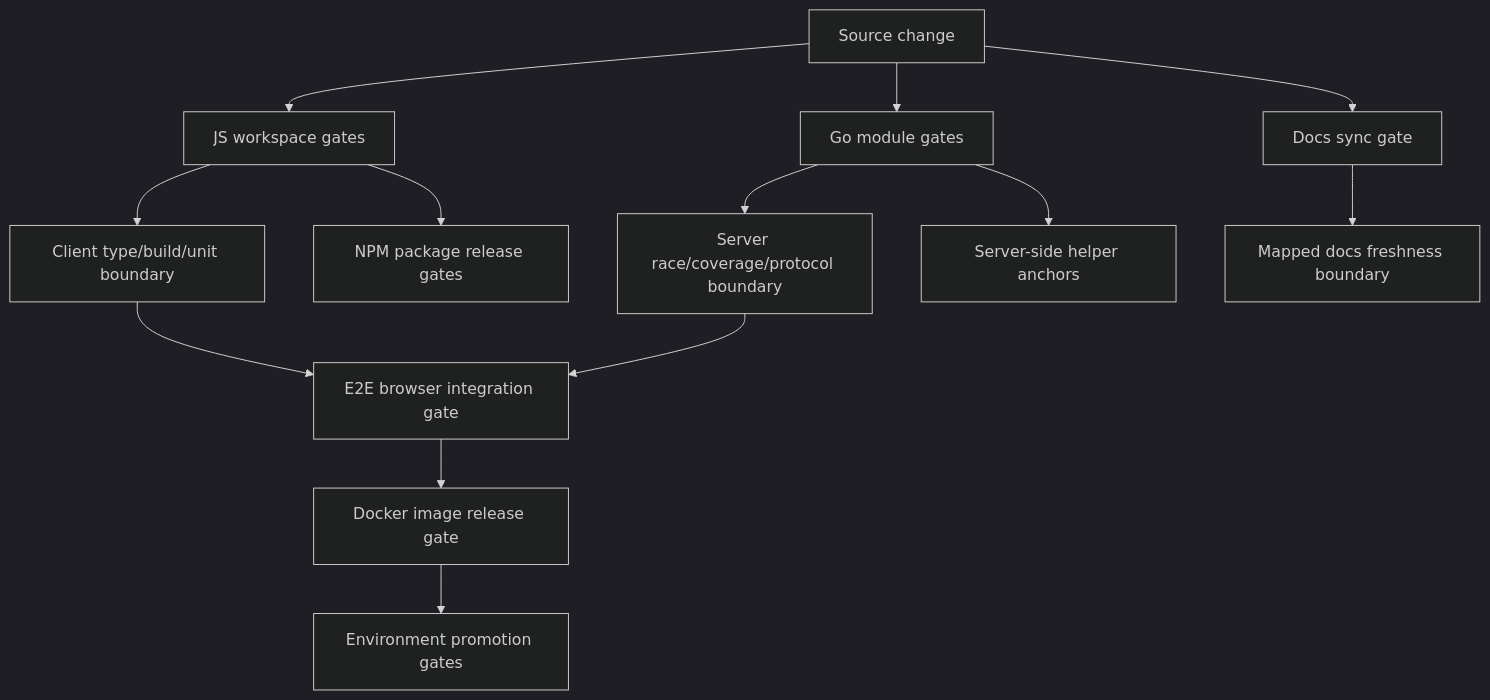
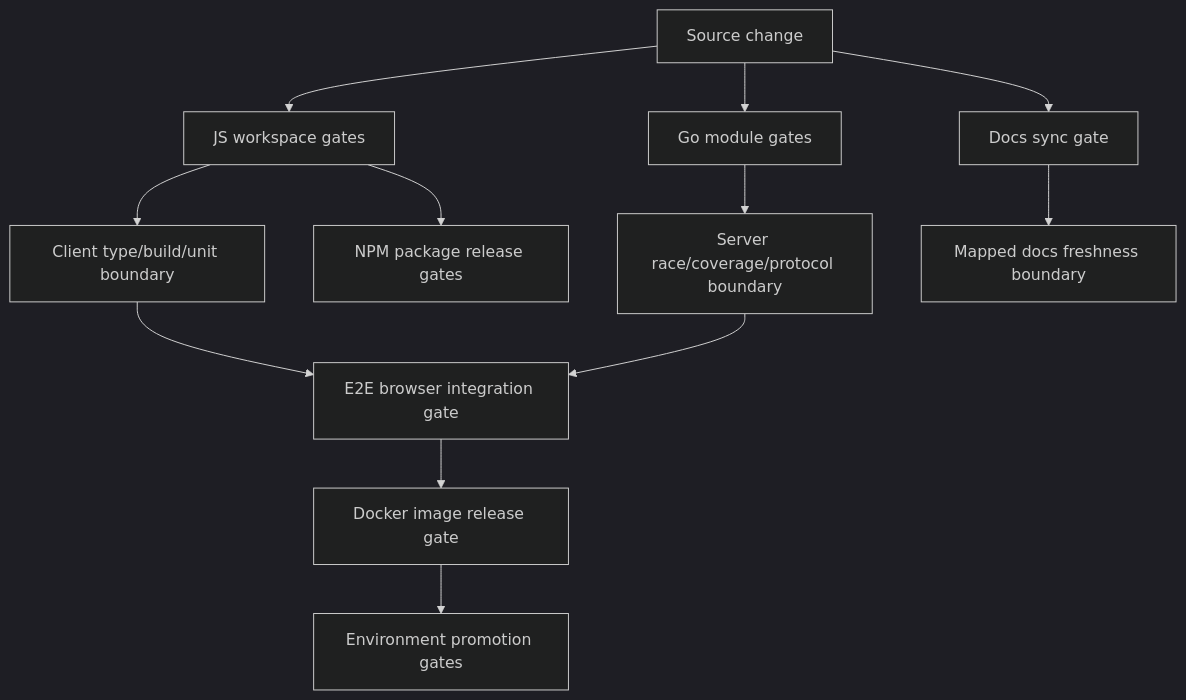
The first of 2 diagrams in docs/current/e2e/README.md (codetreker/borgee), drawn with Mermaid (dark theme) before and after one commit. The commit also changed other lines of this file and 27 other files, not shown here.

````diff
--- a/docs/current/e2e/README.md
+++ b/docs/current/e2e/README.md
@@ -7,20 +7,19 @@
 ```mermaid
 flowchart TB
   change[Source change]
 
   change --> js[JS workspace gates]
   change --> go[Go module gates]
   change --> docs[Docs sync gate]
 
   js --> client[Client type/build/unit boundary]
   go --> server[Server race/coverage/protocol boundary]
-  go --> host[Server-side helper anchors]
   docs --> current[Mapped docs freshness boundary]
 
   client --> e2e[E2E browser integration gate]
   server --> e2e
   e2e --> docker[Docker image release gate]
   docker --> deploy[Environment promotion gates]
 
   js --> npm[NPM package release gates]
 ```
````
